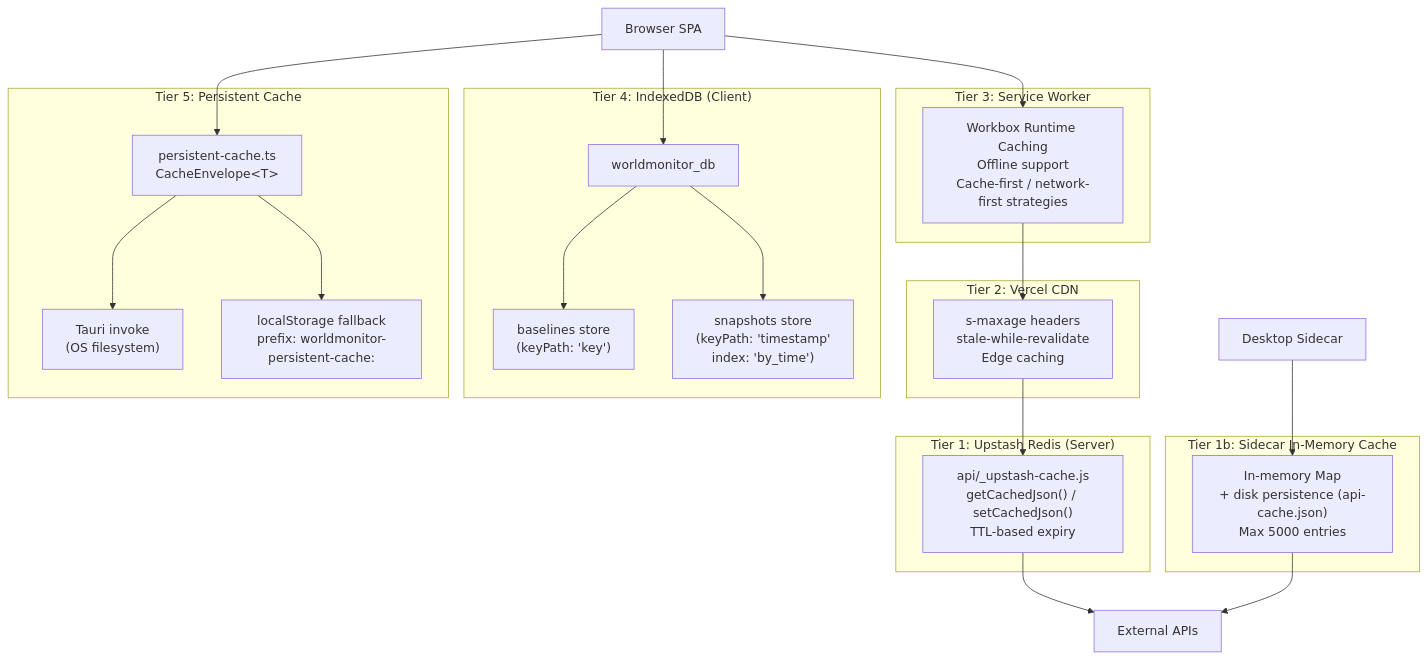
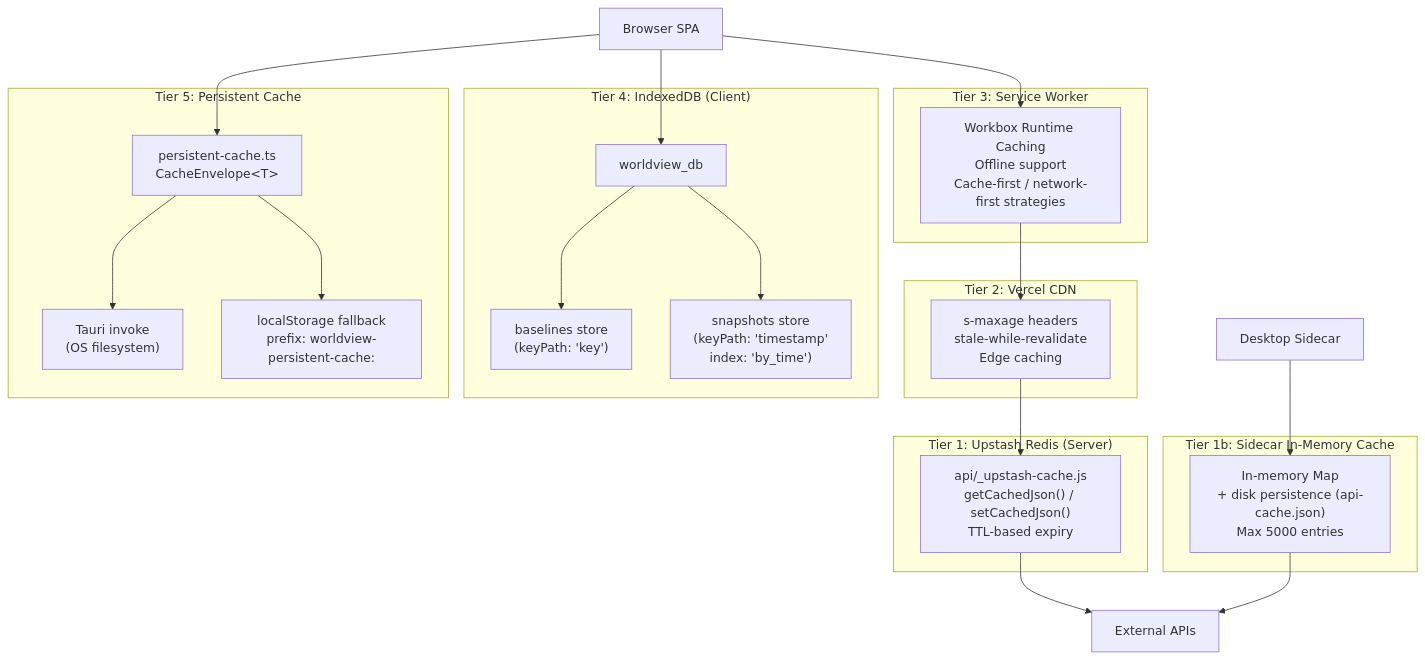
The sixth of 9 diagrams in docs/Docs_To_Review/ARCHITECTURE.md (mannie09/World_View), drawn with Mermaid before and after one commit. The commit also changed other lines of this file and 2244 other files, not shown here.

````diff
--- a/docs/Docs_To_Review/ARCHITECTURE.md
+++ b/docs/Docs_To_Review/ARCHITECTURE.md
@@ -512,45 +512,45 @@
 ```mermaid
 graph TD
     subgraph Tier1["Tier 1: Upstash Redis (Server)"]
         Redis["api/_upstash-cache.js<br/>getCachedJson() / setCachedJson()<br/>TTL-based expiry"]
     end
 
     subgraph Tier1b["Tier 1b: Sidecar In-Memory Cache"]
         MemCache["In-memory Map<br/>+ disk persistence (api-cache.json)<br/>Max 5000 entries"]
     end
 
     subgraph Tier2["Tier 2: Vercel CDN"]
         CDN["s-maxage headers<br/>stale-while-revalidate<br/>Edge caching"]
     end
 
     subgraph Tier3["Tier 3: Service Worker"]
         Workbox["Workbox Runtime Caching<br/>Offline support<br/>Cache-first / network-first strategies"]
     end
 
     subgraph Tier4["Tier 4: IndexedDB (Client)"]
-        IDB["worldmonitor_db"]
+        IDB["worldview_db"]
         Baselines["baselines store<br/>(keyPath: 'key')"]
         Snapshots["snapshots store<br/>(keyPath: 'timestamp'<br/>index: 'by_time')"]
         IDB --> Baselines
         IDB --> Snapshots
     end
 
     subgraph Tier5["Tier 5: Persistent Cache"]
         PC["persistent-cache.ts<br/>CacheEnvelope&lt;T&gt;"]
         TauriInvoke["Tauri invoke<br/>(OS filesystem)"]
-        LSFallback["localStorage fallback<br/>prefix: worldmonitor-persistent-cache:"]
+        LSFallback["localStorage fallback<br/>prefix: worldview-persistent-cache:"]
         PC --> TauriInvoke
         PC --> LSFallback
     end
 
     Browser["Browser SPA"] --> Workbox
     Workbox --> CDN
     CDN --> Redis
     Redis --> ExternalAPI["External APIs"]
 
     Browser --> IDB
     Browser --> PC
 
     Sidecar["Desktop Sidecar"] --> MemCache
     MemCache --> ExternalAPI
 ```
````
